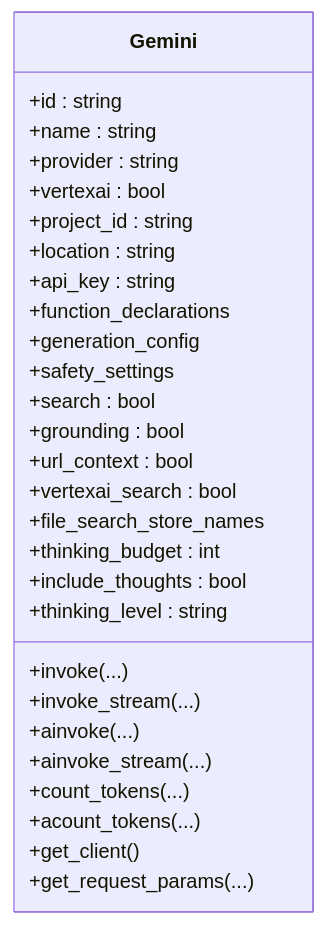
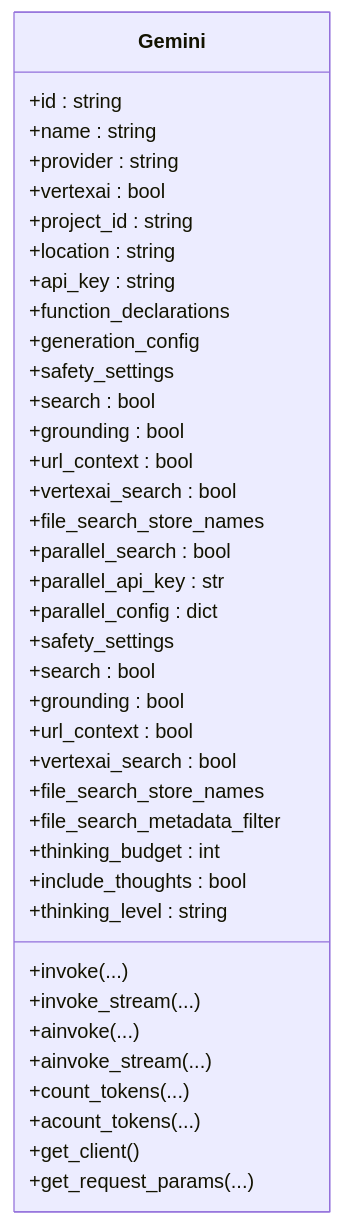
The third of 9 diagrams in .qoder/repowiki/zh/content/模型适配器/Google 模型.md (defulat-coder/agno-learn), drawn with Mermaid before and after one commit. The commit also changed other lines of this file and 1683 other files, not shown here.

````diff
--- a/.qoder/repowiki/zh/content/模型适配器/Google 模型.md
+++ b/.qoder/repowiki/zh/content/模型适配器/Google 模型.md
@@ -137,31 +160,41 @@
 ```mermaid
 classDiagram
 class Gemini {
 +id : string
 +name : string
 +provider : string
 +vertexai : bool
 +project_id : string
 +location : string
 +api_key : string
 +function_declarations
 +generation_config
 +safety_settings
 +search : bool
 +grounding : bool
 +url_context : bool
 +vertexai_search : bool
 +file_search_store_names
++parallel_search : bool
++parallel_api_key : str
++parallel_config : dict
++safety_settings
++search : bool
++grounding : bool
++url_context : bool
++vertexai_search : bool
++file_search_store_names
++file_search_metadata_filter
 +thinking_budget : int
 +include_thoughts : bool
 +thinking_level : string
 +invoke(...)
 +invoke_stream(...)
 +ainvoke(...)
 +ainvoke_stream(...)
 +count_tokens(...)
 +acount_tokens(...)
 +get_client()
 +get_request_params(...)
 }
 ```
````
